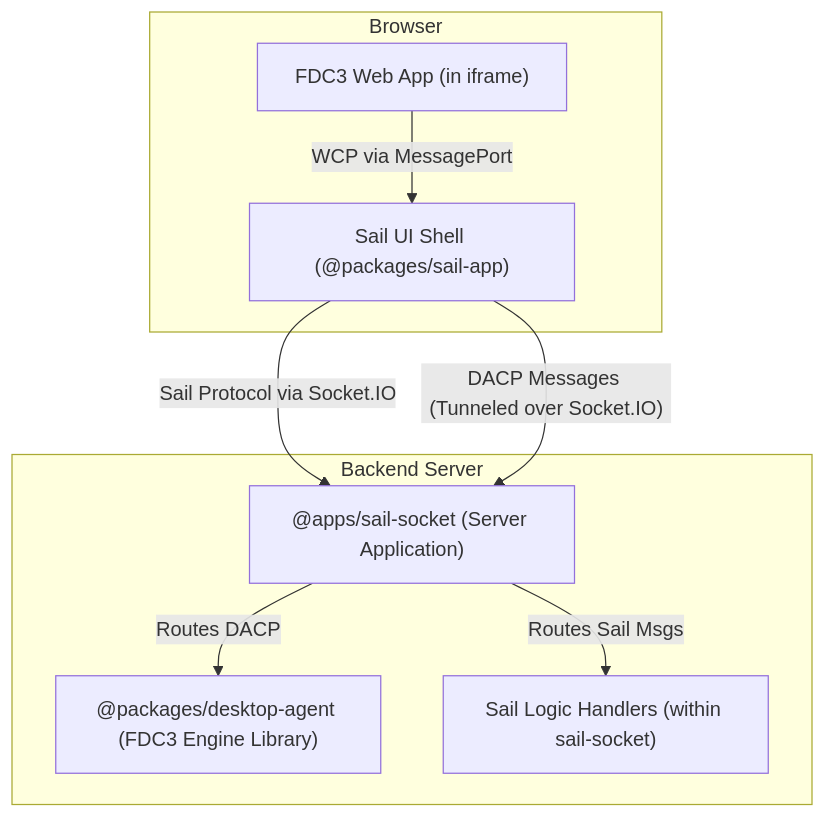
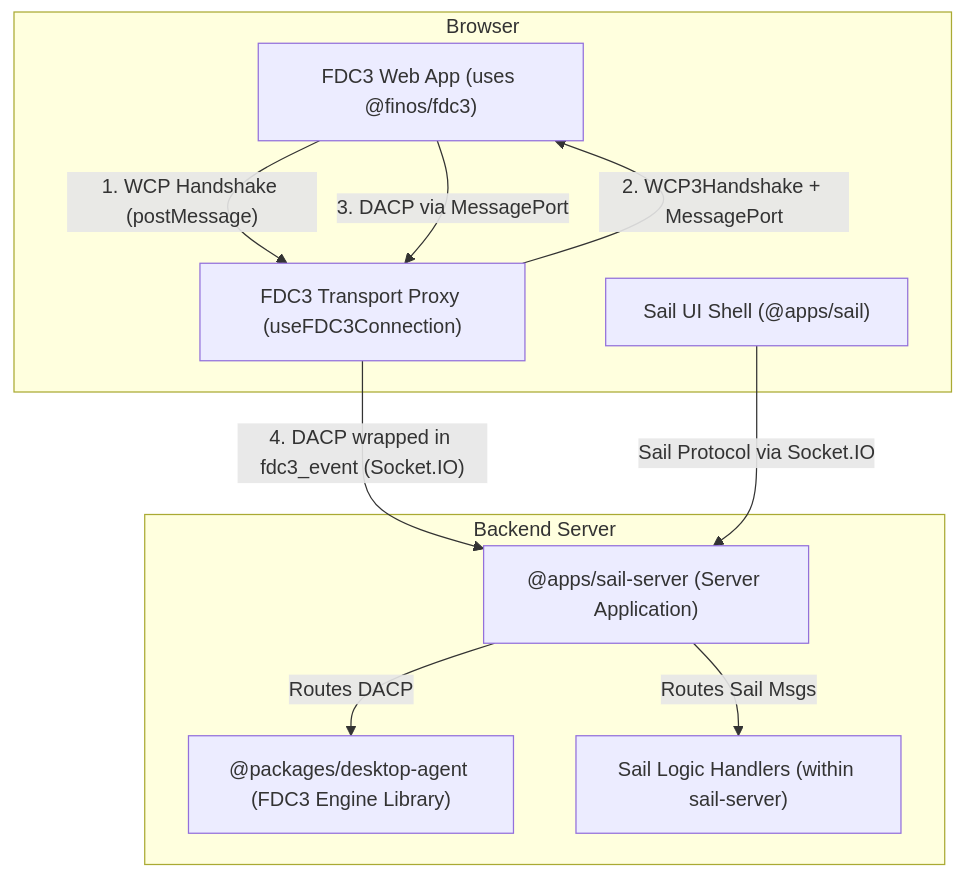
Before and after one commit to SeeWhatsOn/FDC3-Sail: the diagram in packages/desktop-agent/ARCHITECTURE.md, drawn with Mermaid. The commit also changed other lines of this file and 4 other files, not shown here.

First line of the commit message:
feat(dacp): implement getInfoRequest handler for FDC3 implementation metadata

````diff
--- a/packages/desktop-agent/ARCHITECTURE.md
+++ b/packages/desktop-agent/ARCHITECTURE.md
@@ -18,20 +18,23 @@
 ```mermaid
 flowchart TD
     subgraph Browser
-        FDC3App["FDC3 Web App (in iframe)"]
-        SailApp["Sail UI Shell (@packages/sail-app)"]
+        FDC3App["FDC3 Web App (uses @finos/fdc3)"]
+        SailUI["Sail UI Shell (@apps/sail)"]
+        Proxy["FDC3 Transport Proxy (useFDC3Connection)"]
     end
 
     subgraph Backend Server
-        SailSocket["@apps/sail-socket (Server Application)"]
+        SailServer["@apps/sail-server (Server Application)"]
         DesktopAgent["@packages/desktop-agent (FDC3 Engine Library)"]
-        SailHandlers["Sail Logic Handlers (within sail-socket)"]
+        SailHandlers["Sail Logic Handlers (within sail-server)"]
     end
 
-    FDC3App -- "WCP via MessagePort" --> SailApp
-    SailApp -- "Sail Protocol via Socket.IO" --> SailSocket
-    SailApp -- "DACP Messages (Tunneled over Socket.IO)" --> SailSocket
+    FDC3App -- "1. WCP Handshake (postMessage)" --> Proxy
+    Proxy -- "2. WCP3Handshake + MessagePort" --> FDC3App
+    FDC3App -- "3. DACP via MessagePort" --> Proxy
+    Proxy -- "4. DACP wrapped in fdc3_event (Socket.IO)" --> SailServer
+    SailUI -- "Sail Protocol via Socket.IO" --> SailServer
 
-    SailSocket --> |Routes DACP| DesktopAgent
-    SailSocket --> |Routes Sail Msgs| SailHandlers
+    SailServer --> |Routes DACP| DesktopAgent
+    SailServer --> |Routes Sail Msgs| SailHandlers
 ```
````
